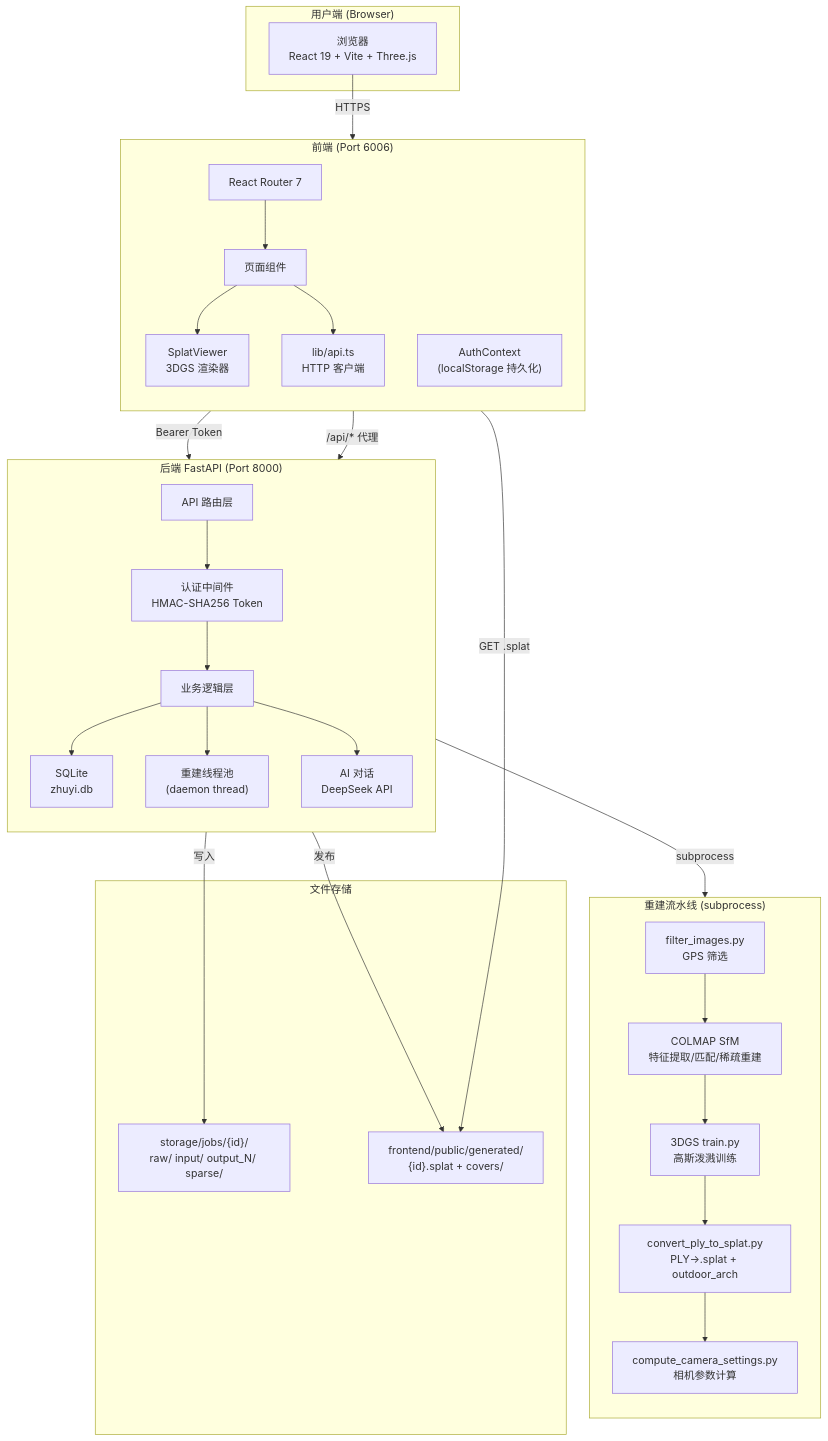
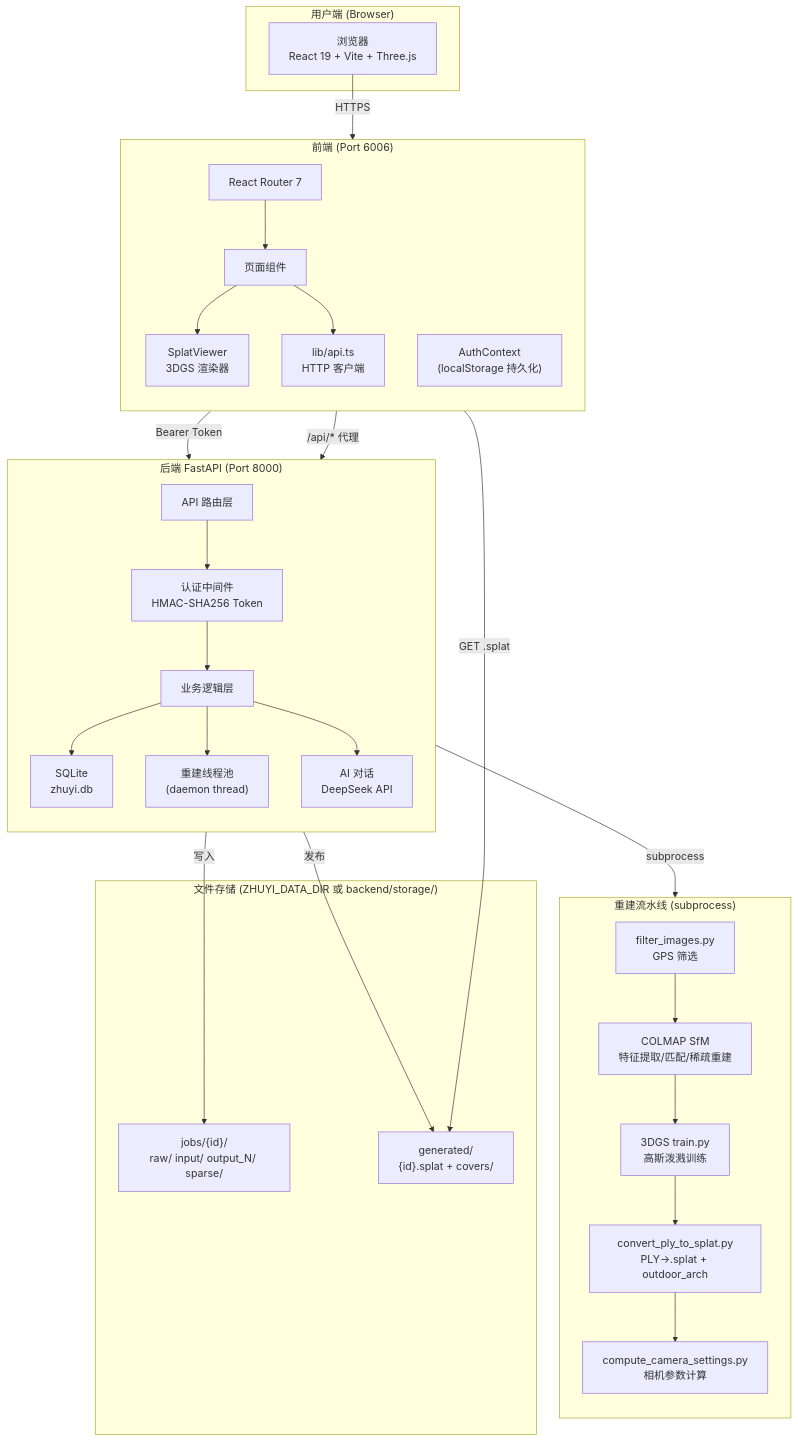
One commit to houyangzhao/competition_computer_design changed the first of 8 diagrams in docs/architecture.md. Above: the diagram before and after it, drawn with Mermaid. The commit also changed other lines of this file and 3 other files, not shown here.

````diff
--- a/docs/architecture.md
+++ b/docs/architecture.md
@@ -5,60 +5,60 @@
 ```mermaid
 graph TB
     subgraph User["用户端 (Browser)"]
         Browser["浏览器<br/>React 19 + Vite + Three.js"]
     end
 
     subgraph Frontend["前端 (Port 6006)"]
         direction TB
         Router["React Router 7"]
         Auth["AuthContext<br/>(localStorage 持久化)"]
         Pages["页面组件"]
         Splat["SplatViewer<br/>3DGS 渲染器"]
         API["lib/api.ts<br/>HTTP 客户端"]
     end
 
     subgraph Backend["后端 FastAPI (Port 8000)"]
         direction TB
         Endpoints["API 路由层"]
         AuthMW["认证中间件<br/>HMAC-SHA256 Token"]
         BizLogic["业务逻辑层"]
         ReconThread["重建线程池<br/>(daemon thread)"]
         DB["SQLite<br/>zhuyi.db"]
         Chat["AI 对话<br/>DeepSeek API"]
     end
 
     subgraph Pipeline["重建流水线 (subprocess)"]
         direction TB
         Filter["filter_images.py<br/>GPS 筛选"]
         COLMAP["COLMAP SfM<br/>特征提取/匹配/稀疏重建"]
         GS["3DGS train.py<br/>高斯泼溅训练"]
         Convert["convert_ply_to_splat.py<br/>PLY→.splat + outdoor_arch"]
         CamCalc["compute_camera_settings.py<br/>相机参数计算"]
     end
 
-    subgraph Storage["文件存储"]
-        JobFiles["storage/jobs/{id}/<br/>raw/ input/ output_N/ sparse/"]
-        PublicModels["frontend/public/generated/<br/>{id}.splat + covers/"]
+    subgraph Storage["文件存储 (ZHUYI_DATA_DIR 或 backend/storage/)"]
+        JobFiles["jobs/{id}/<br/>raw/ input/ output_N/ sparse/"]
+        PublicModels["generated/<br/>{id}.splat + covers/"]
     end
 
     Browser -->|HTTPS| Frontend
     Frontend -->|"/api/*" 代理| Backend
 
     Router --> Pages
     Pages --> Splat
     Pages --> API
     API -->|Bearer Token| Endpoints
 
     Endpoints --> AuthMW
     AuthMW --> BizLogic
     BizLogic --> DB
     BizLogic --> ReconThread
     BizLogic --> Chat
 
     ReconThread -->|subprocess| Pipeline
     Filter --> COLMAP --> GS --> Convert --> CamCalc
 
     ReconThread -->|写入| JobFiles
     ReconThread -->|发布| PublicModels
     Splat -->|GET .splat| PublicModels
 ```
````
